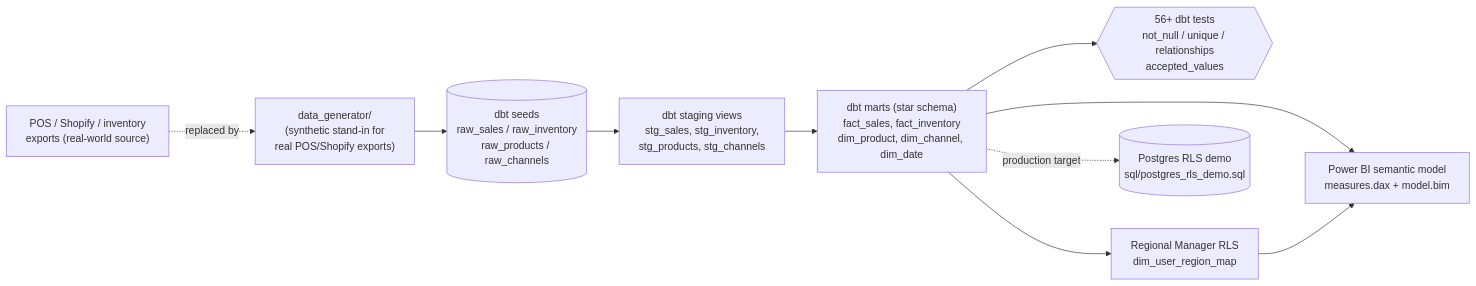
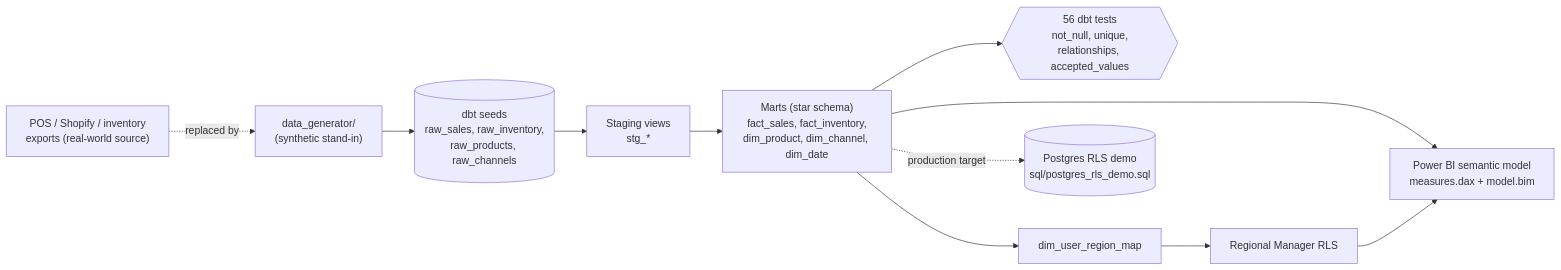
One commit to SlateGitOrg/retail-margin-cockpit changed the diagram in README.md. Above: the diagram before and after it, drawn with Mermaid. The commit also changed other lines of this file and 3 other files, not shown here.

````diff
--- a/README.md
+++ b/README.md
@@ -58,19 +24,20 @@
 ```mermaid
 flowchart LR
     SRC["POS / Shopify / inventory<br/>exports (real-world source)"]
-    GEN["data_generator/<br/>(synthetic stand-in for<br/>real POS/Shopify exports)"]
-    SEEDS[("dbt seeds<br/>raw_sales / raw_inventory<br/>raw_products / raw_channels")]
-    STG["dbt staging views<br/>stg_sales, stg_inventory,<br/>stg_products, stg_channels"]
-    MARTS["dbt marts (star schema)<br/>fact_sales, fact_inventory<br/>dim_product, dim_channel, dim_date"]
-    TESTS{{"56+ dbt tests<br/>not_null / unique / relationships<br/>accepted_values"}}
+    GEN["data_generator/<br/>(synthetic stand-in)"]
+    SEEDS[("dbt seeds<br/>raw_sales, raw_inventory,<br/>raw_products, raw_channels")]
+    STG["Staging views<br/>stg_*"]
+    MARTS["Marts (star schema)<br/>fact_sales, fact_inventory,<br/>dim_product, dim_channel, dim_date"]
+    TESTS{{"56 dbt tests<br/>not_null, unique,<br/>relationships, accepted_values"}}
+    MAP["dim_user_region_map"]
     PBI["Power BI semantic model<br/>measures.dax + model.bim"]
-    RLS["Regional Manager RLS<br/>dim_user_region_map"]
+    RLS["Regional Manager RLS"]
     PG[("Postgres RLS demo<br/>sql/postgres_rls_demo.sql")]
 
     SRC -.replaced by.-> GEN
     GEN --> SEEDS --> STG --> MARTS
     MARTS --> TESTS
     MARTS --> PBI
-    MARTS --> RLS --> PBI
+    MARTS --> MAP --> RLS --> PBI
     MARTS -.production target.-> PG
 ```
````
